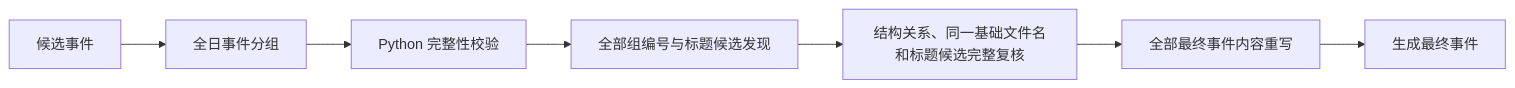
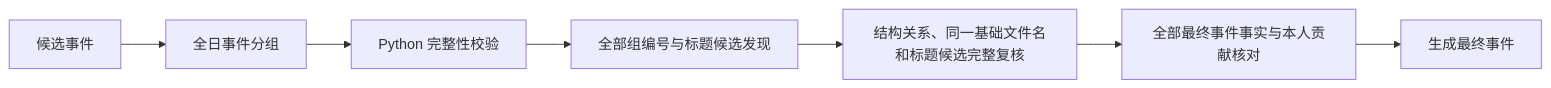
Before and after one commit to sunweisheng/WorkTrace: the diagram in docs/workstream-free-event-grouping-design.md, drawn with Mermaid. The commit also changed other lines of this file and 8 other files, not shown here.

````diff
--- a/docs/workstream-free-event-grouping-design.md
+++ b/docs/workstream-free-event-grouping-design.md
@@ -9,9 +9,9 @@
 ```mermaid
 flowchart LR
     A["候选事件"] --> B["全日事件分组"]
     B --> C["Python 完整性校验"]
     C --> D["全部组编号与标题候选发现"]
     D --> E["结构关系、同一基础文件名和标题候选完整复核"]
-    E --> F["全部最终事件内容重写"]
+    E --> F["全部最终事件事实与本人贡献核对"]
     F --> G["生成最终事件"]
 ```
````
